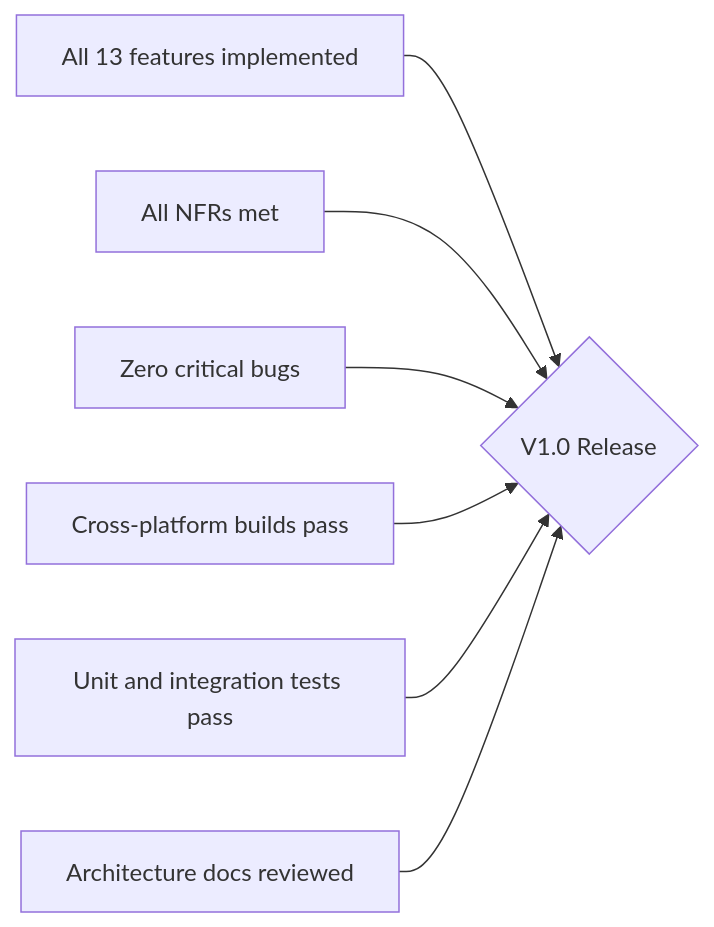
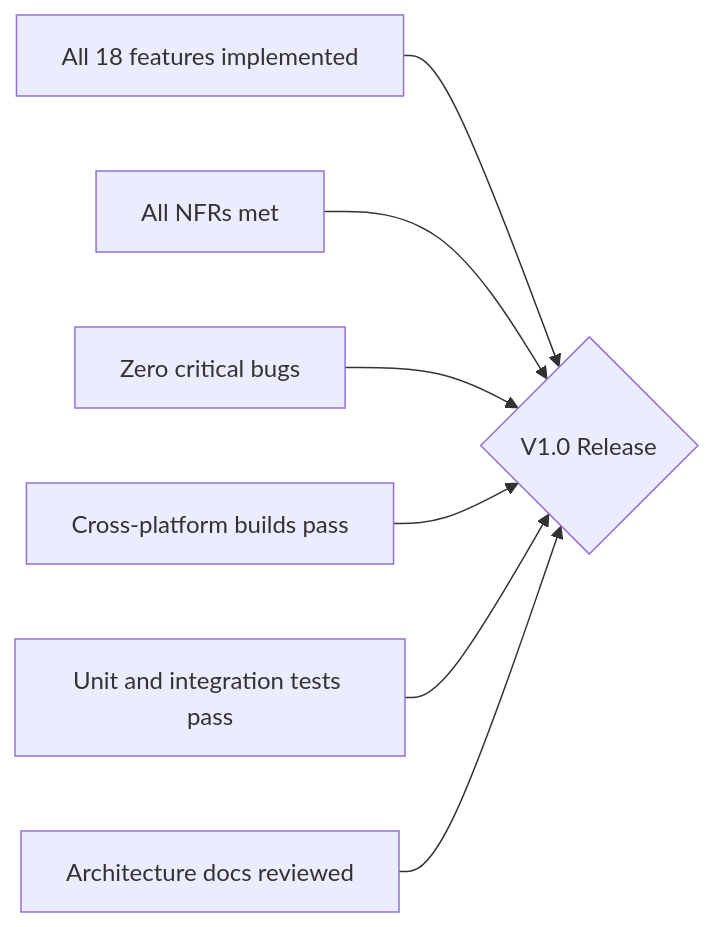
Before and after one commit to sanromarth/ornas: the diagram in docs/architecture/01_PRODUCT_REQUIREMENTS.md, drawn with Mermaid. The commit also changed other lines of this file and 18 other files, not shown here.

````diff
--- a/docs/architecture/01_PRODUCT_REQUIREMENTS.md
+++ b/docs/architecture/01_PRODUCT_REQUIREMENTS.md
@@ -131,9 +161,9 @@
 ```mermaid
 graph LR
-    A[All 13 features implemented] --> G{V1.0 Release}
+    A[All 18 features implemented] --> G{V1.0 Release}
     B[All NFRs met] --> G
     C[Zero critical bugs] --> G
     D[Cross-platform builds pass] --> G
     E[Unit and integration tests pass] --> G
     F[Architecture docs reviewed] --> G
 ```
````
